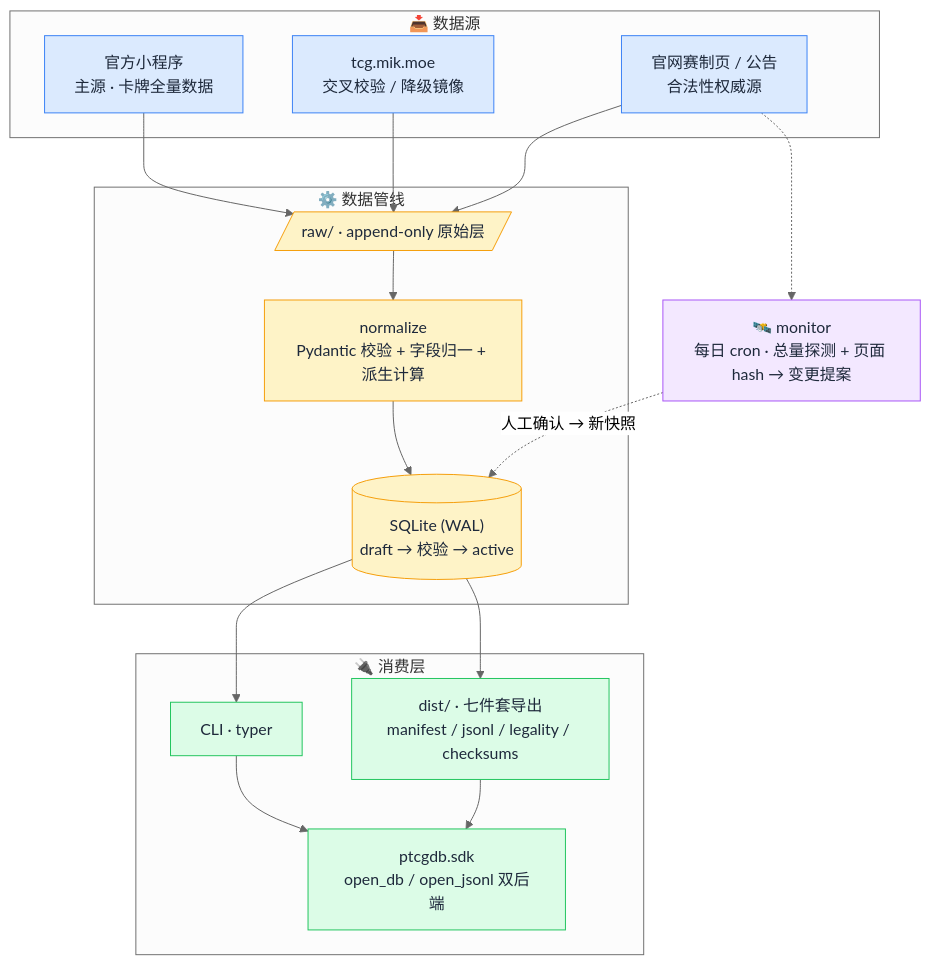
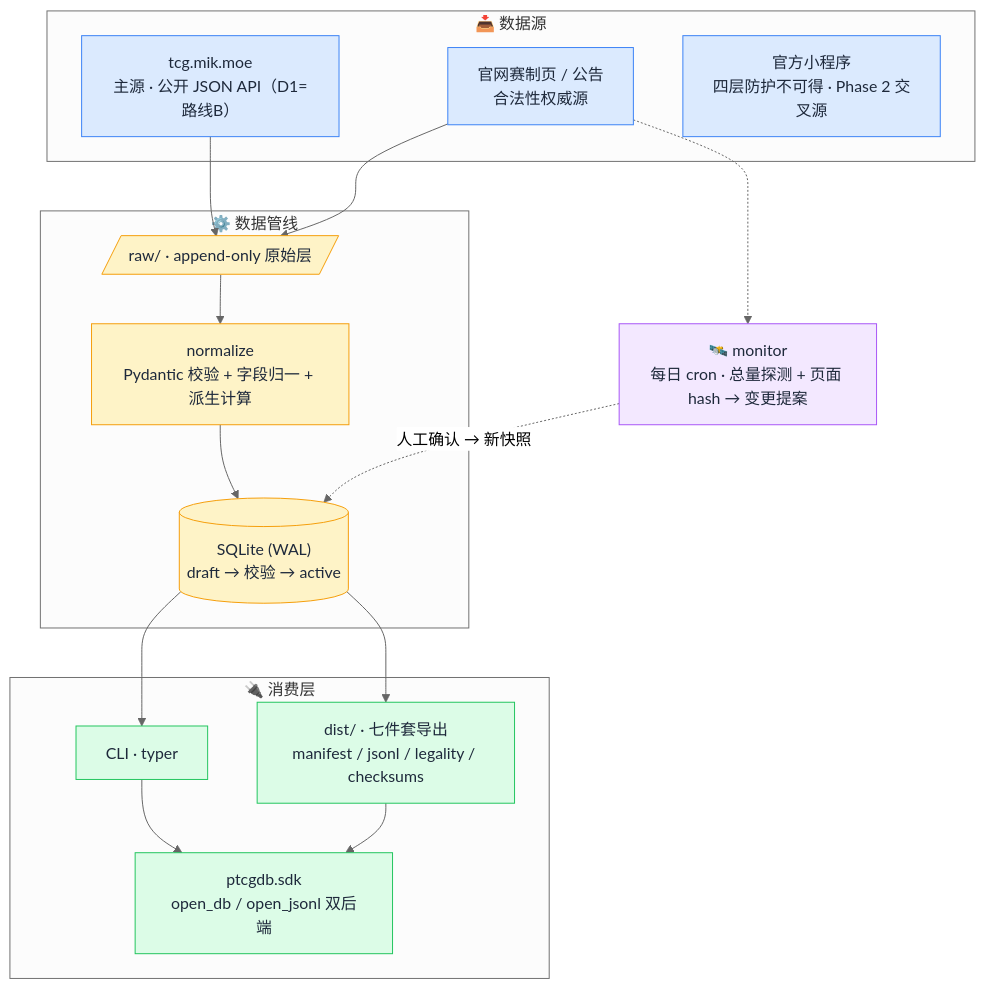
The diagram in README.md (Bingtuu/Pokearena), drawn with Mermaid (neutral theme) before and after one commit. The commit also changed other lines of this file, not shown here.

Commit message:
docs(readme): 订正 D1 前陈旧表述——数据源定位（mik.moe 主源/小程序不可得）、架构图角色、Roadmap 勾选 M0~1b、badge PRD v1.4、快速预览改已落地接口

````diff
--- a/README.md
+++ b/README.md
@@ -59,42 +60,41 @@
 ```mermaid
 flowchart TB
     subgraph SRC["📥 数据源"]
-        A["官方小程序<br/>主源 · 卡牌全量数据"]
-        B["tcg.mik.moe<br/>交叉校验 / 降级镜像"]
-        C["官网赛制页 / 公告<br/>合法性权威源"]
+        A["tcg.mik.moe<br/>主源 · 公开 JSON API（D1=路线B）"]
+        B["官网赛制页 / 公告<br/>合法性权威源"]
+        C["官方小程序<br/>四层防护不可得 · Phase 2 交叉源"]
     end
 
     subgraph PIPE["⚙️ 数据管线"]
         RAW[/"raw/ · append-only 原始层"/]
         NORM["normalize<br/>Pydantic 校验 + 字段归一 + 派生计算"]
         DB[("SQLite (WAL)<br/>draft → 校验 → active")]
     end
 
     subgraph OUT["🔌 消费层"]
         CLI["CLI · typer"]
         DIST["dist/ · 七件套导出<br/>manifest / jsonl / legality / checksums"]
         SDK["ptcgdb.sdk<br/>open_db / open_jsonl 双后端"]
     end
 
     MON["🛰️ monitor<br/>每日 cron · 总量探测 + 页面 hash → 变更提案"]
 
     A --> RAW
     B --> RAW
-    C --> RAW
     RAW --> NORM --> DB
     DB --> CLI
     DB --> DIST
     CLI --> SDK
     DIST --> SDK
-    C -.-> MON
+    B -.-> MON
     MON -.->|人工确认 → 新快照| DB
 
     classDef source fill:#dbeafe,stroke:#3b82f6,color:#1e293b;
     classDef pipe fill:#fef3c7,stroke:#f59e0b,color:#1e293b;
     classDef out fill:#dcfce7,stroke:#22c55e,color:#1e293b;
     classDef mon fill:#f3e8ff,stroke:#a855f7,color:#1e293b;
     class A,B,C source;
     class RAW,NORM,DB pipe;
     class CLI,DIST,SDK out;
     class MON mon;
 ```
````
